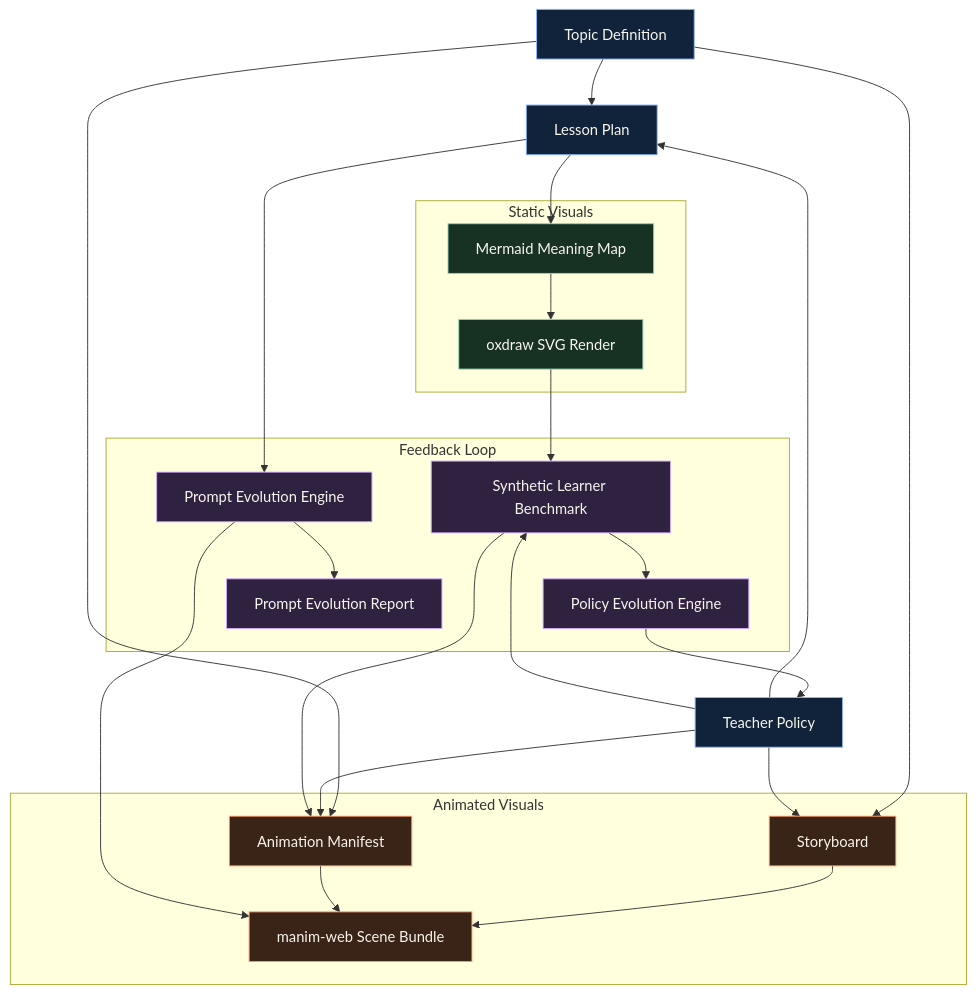
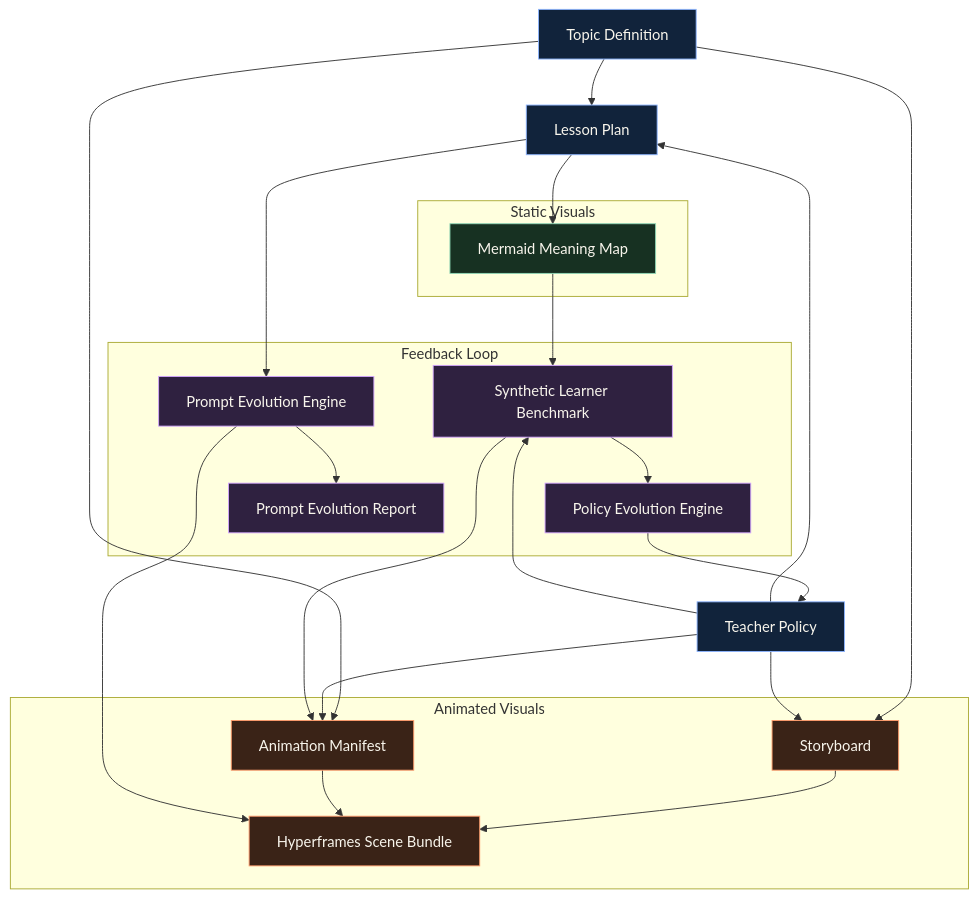
The diagram in docs/visual-pipeline.mmd (Diogenesoftoronto/keating), drawn with Mermaid before and after one commit. The commit also changed 54 other files, not shown here.

```diff
--- a/docs/visual-pipeline.mmd
+++ b/docs/visual-pipeline.mmd
@@ -1,55 +1,52 @@
 graph TD
   classDef source fill:#11233b,stroke:#8db5ff,color:#f8f5ec,stroke-width:1px;
   classDef static fill:#173122,stroke:#8fd7b6,color:#f8f5ec,stroke-width:1px;
   classDef dynamic fill:#3a2317,stroke:#ff9b6b,color:#f8f5ec,stroke-width:1px;
   classDef eval fill:#2f2140,stroke:#d3a6ff,color:#f8f5ec,stroke-width:1px;
 
   topic[Topic Definition]:::source
   policy[Teacher Policy]:::source
   plan[Lesson Plan]:::source
   map[Mermaid Meaning Map]:::static
-  oxdraw[oxdraw SVG Render]:::static
   storyboard[Storyboard]:::dynamic
   manifest[Animation Manifest]:::dynamic
-  scene[manim-web Scene Bundle]:::dynamic
+  scene[Hyperframes Scene Bundle]:::dynamic
   learner[Synthetic Learner Benchmark]:::eval
   evolve[Policy Evolution Engine]:::eval
   promptEval[Prompt Evolution Report]:::eval
   promptLoop[Prompt Evolution Engine]:::eval
 
   topic --> plan
   policy --> plan
   plan --> map
-  map --> oxdraw
   topic --> storyboard
   policy --> storyboard
   topic --> manifest
   policy --> manifest
   storyboard --> scene
   manifest --> scene
   policy --> learner
   learner --> evolve
   evolve --> policy
   promptLoop --> promptEval
   learner --> manifest
-  oxdraw --> learner
+  map --> learner
   plan --> promptLoop
   promptLoop --> scene
 
   subgraph static_visual["Static Visuals"]
     map
-    oxdraw
   end
 
   subgraph animated_visual["Animated Visuals"]
     storyboard
     manifest
     scene
   end
 
   subgraph feedback["Feedback Loop"]
     learner
     evolve
     promptLoop
     promptEval
   end
```
